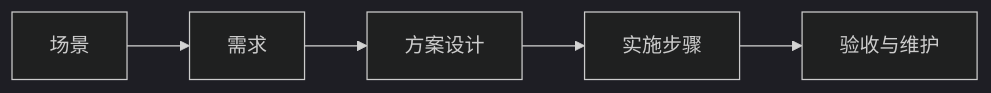
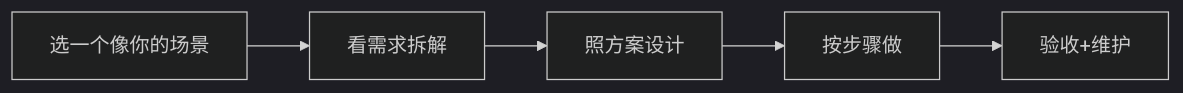
Before and after one commit to cv-superding/nas-guide: the diagram in docs/09-实战案例/README.md, drawn with Mermaid (dark theme). The commit also changed other lines of this file and 2 other files, not shown here.

First line of the commit message:
docs(重构): 重写第8、9章与附录概览,全部章节概览配图完成

````diff
--- a/docs/09-实战案例/README.md
+++ b/docs/09-实战案例/README.md
@@ -30,7 +24,7 @@
 ```mermaid
 flowchart LR
-    A[场景] --> B[需求]
-    B --> C[方案设计]
-    C --> D[实施步骤]
-    D --> E[验收与维护]
+    A[选一个像你的场景] --> B[看需求拆解]
+    B --> C[照方案设计]
+    C --> D[按步骤做]
+    D --> E[验收+维护]
 ```
````
